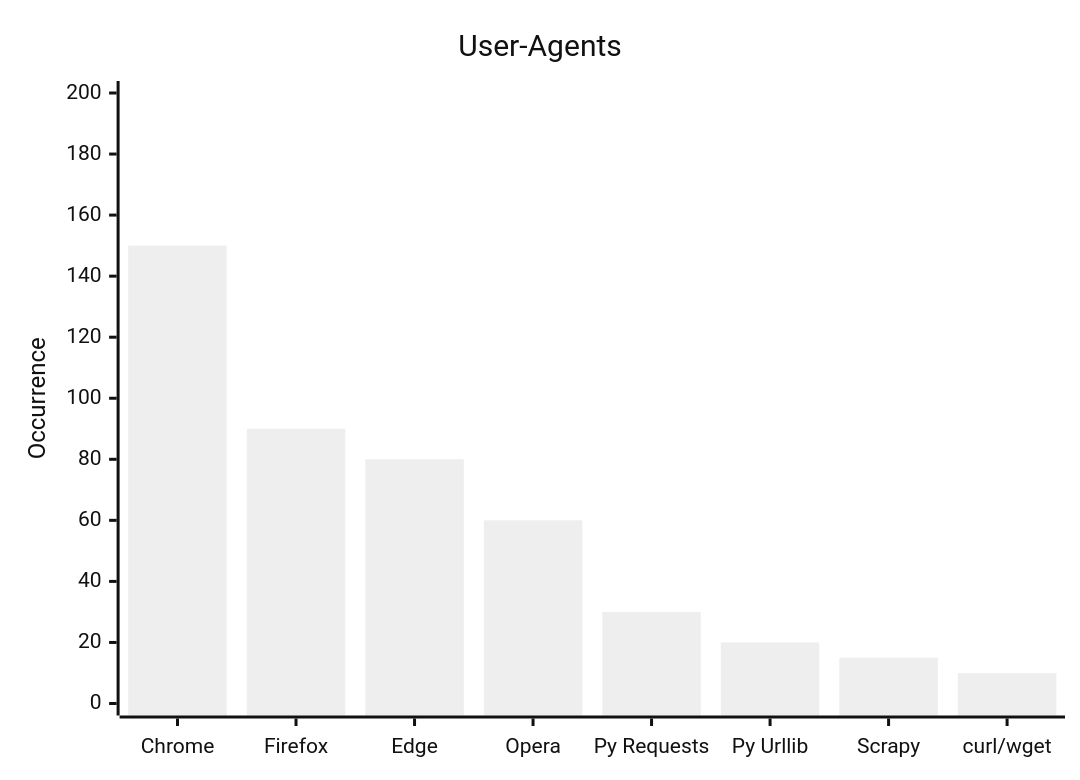
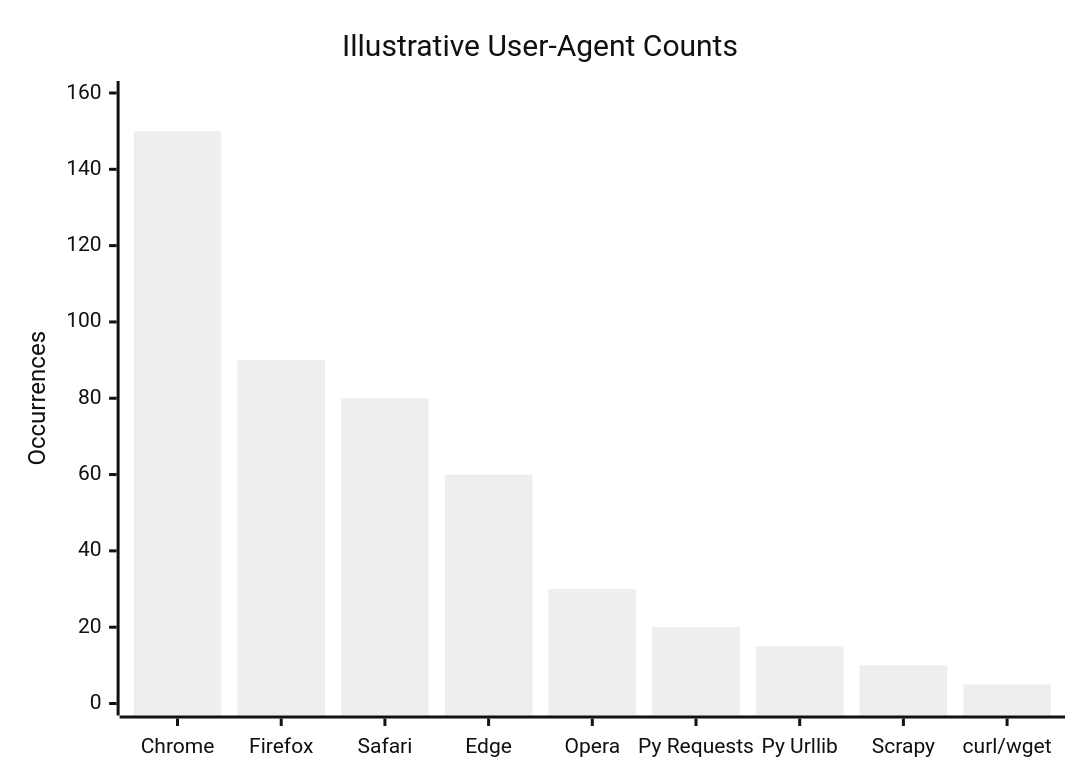
One commit to rjohnsen/threathunting-book changed the second of 3 diagrams in content/part-3/understanding-data.md. Above: the diagram before and after it, drawn with Mermaid (neutral theme). The commit also changed other lines of this file and 2 other files, not shown here.

```diff
--- a/content/part-3/understanding-data.md
+++ b/content/part-3/understanding-data.md
@@ -138,7 +202,7 @@
 {{<mermaid align="center">}}
 xychart-beta
-    title "User-Agents"
-    x-axis [Chrome, Firefox, Edge, Opera, "Py Requests", "Py Urllib", Scrapy, "curl/wget"]
-    y-axis "Occurrence" 0 --> 200
+    title "Illustrative User-Agent Counts"
+    x-axis [Chrome, Firefox, Safari, Edge, Opera, "Py Requests", "Py Urllib", Scrapy, "curl/wget"]
+    y-axis "Occurrences" 0 --> 160
     bar [150, 90, 80, 60, 30, 20, 15, 10, 5]
 {{< /mermaid >}}
```
